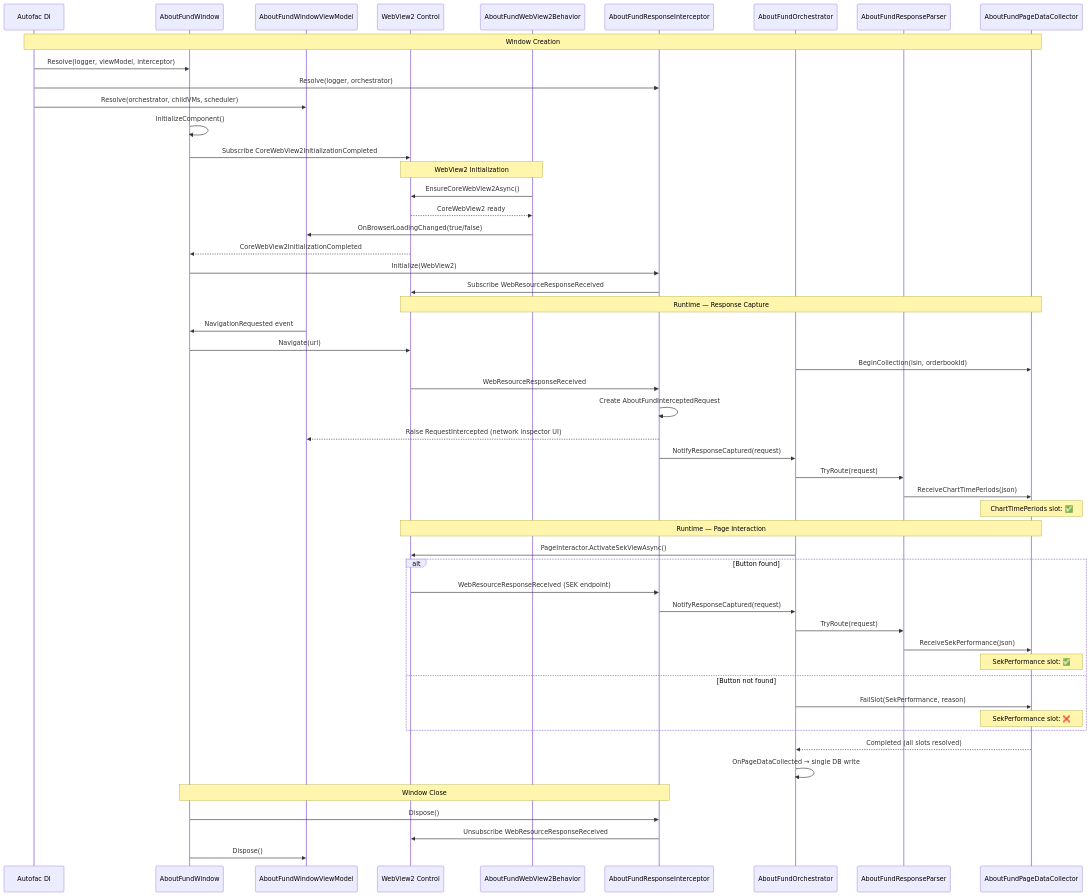
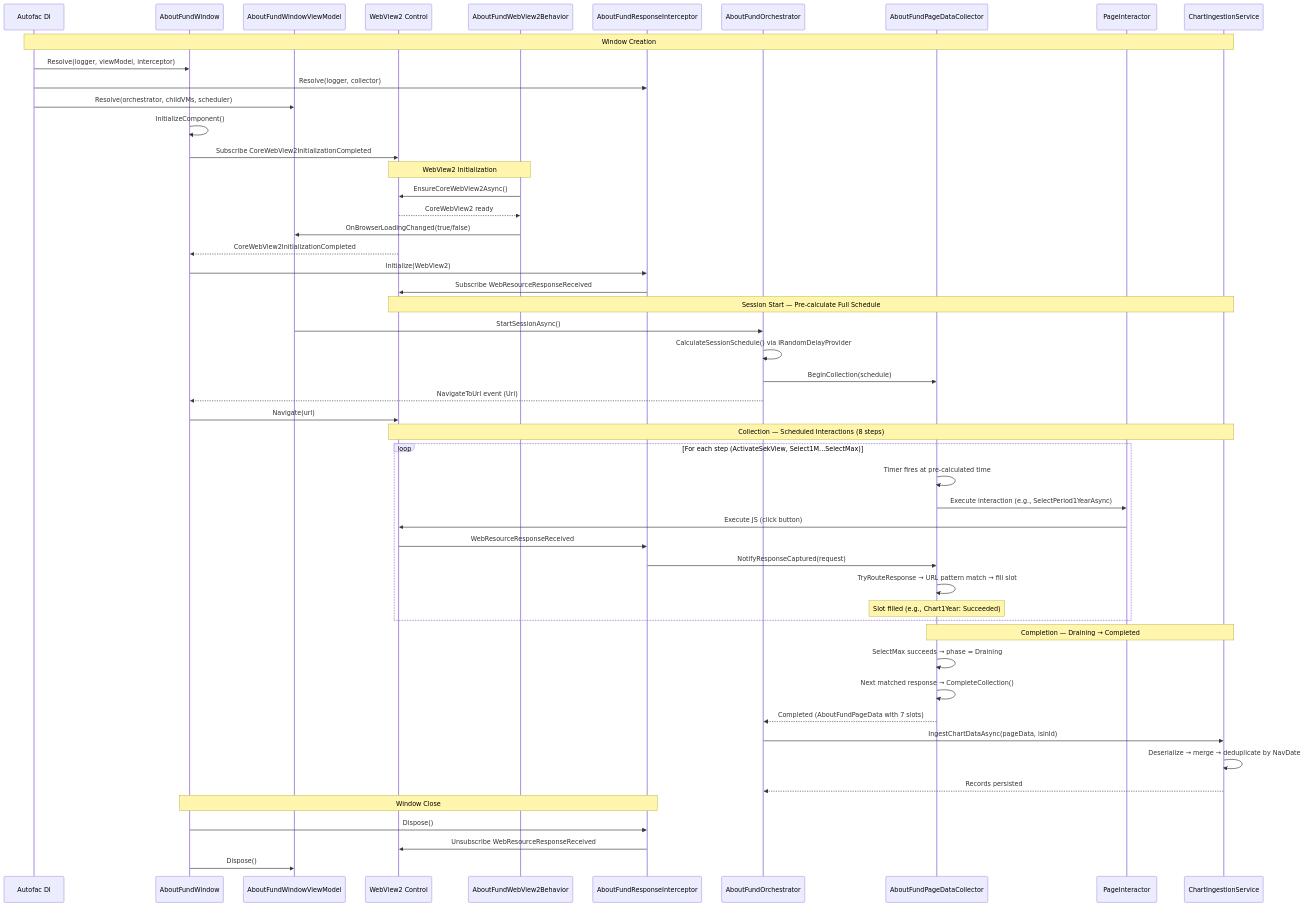
One commit to Muhomorik/SemanticKernel-FundDocsQnA-dotnet-nextjs changed the fifth of 7 diagrams in YieldRaccoon/README.md. Above: the diagram before and after it, drawn with Mermaid. The commit also changed other lines of this file and 102 other files, not shown here.

Commit message:
Remove `AboutFundEventViewModel` and related services, replacing them with a new ingestion pipeline for chart data. Include AC-layer models, resilient deserialization for malformed API responses, and unit test coverage.

````diff
--- a/YieldRaccoon/README.md
+++ b/YieldRaccoon/README.md
@@ -339,59 +401,59 @@
 ```mermaid
 sequenceDiagram
     participant DI as Autofac DI
     participant Win as AboutFundWindow
     participant VM as AboutFundWindowViewModel
     participant WV2 as WebView2 Control
     participant Beh as AboutFundWebView2Behavior
     participant Int as AboutFundResponseInterceptor
     participant Orc as AboutFundOrchestrator
-    participant Parser as AboutFundResponseParser
     participant Col as AboutFundPageDataCollector
+    participant PI as PageInteractor
+    participant Ingest as ChartIngestionService
 
-    Note over DI,Col: Window Creation
+    Note over DI,Ingest: Window Creation
     DI->>Win: Resolve(logger, viewModel, interceptor)
-    DI->>Int: Resolve(logger, orchestrator)
+    DI->>Int: Resolve(logger, collector)
     DI->>VM: Resolve(orchestrator, childVMs, scheduler)
     Win->>Win: InitializeComponent()
     Win->>WV2: Subscribe CoreWebView2InitializationCompleted
 
     Note over Beh,WV2: WebView2 Initialization
     Beh->>WV2: EnsureCoreWebView2Async()
     WV2-->>Beh: CoreWebView2 ready
     Beh->>VM: OnBrowserLoadingChanged(true/false)
     WV2-->>Win: CoreWebView2InitializationCompleted
     Win->>Int: Initialize(WebView2)
     Int->>WV2: Subscribe WebResourceResponseReceived
 
-    Note over WV2,Col: Runtime — Response Capture
-    VM->>Win: NavigationRequested event
+    Note over WV2,Ingest: Session Start — Pre-calculate Full Schedule
+    VM->>Orc: StartSessionAsync()
+    Orc->>Orc: CalculateSessionSchedule() via IRandomDelayProvider
+    Orc->>Col: BeginCollection(schedule)
+    Orc-->>Win: NavigateToUrl event (Uri)
     Win->>WV2: Navigate(url)
-    Orc->>Col: BeginCollection(isin, orderbookId)
-    WV2->>Int: WebResourceResponseReceived
-    Int->>Int: Create AboutFundInterceptedRequest
-    Int-->>VM: Raise RequestIntercepted (network inspector UI)
-    Int->>Orc: NotifyResponseCaptured(request)
-    Orc->>Parser: TryRoute(request)
-    Parser->>Col: ReceiveChartTimePeriods(json)
-    Note over Col: ChartTimePeriods slot: ✅
 
-    Note over WV2,Col: Runtime — Page Interaction
-    Orc->>WV2: PageInteractor.ActivateSekViewAsync()
-    alt Button found
-        WV2->>Int: WebResourceResponseReceived (SEK endpoint)
-        Int->>Orc: NotifyResponseCaptured(request)
-        Orc->>Parser: TryRoute(request)
-        Parser->>Col: ReceiveSekPerformance(json)
-        Note over Col: SekPerformance slot: ✅
-    else Button not found
-        Orc->>Col: FailSlot(SekPerformance, reason)
-        Note over Col: SekPerformance slot: ❌
+    Note over WV2,Ingest: Collection — Scheduled Interactions (8 steps)
+    loop For each step (ActivateSekView, Select1M...SelectMax)
+        Col->>Col: Timer fires at pre-calculated time
+        Col->>PI: Execute interaction (e.g., SelectPeriod1YearAsync)
+        PI->>WV2: Execute JS (click button)
+        WV2->>Int: WebResourceResponseReceived
+        Int->>Col: NotifyResponseCaptured(request)
+        Col->>Col: TryRouteResponse → URL pattern match → fill slot
+        Note over Col: Slot filled (e.g., Chart1Year: Succeeded)
     end
-    Col-->>Orc: Completed (all slots resolved)
-    Orc->>Orc: OnPageDataCollected → single DB write
+
+    Note over Col,Ingest: Completion — Draining → Completed
+    Col->>Col: SelectMax succeeds → phase = Draining
+    Col->>Col: Next matched response → CompleteCollection()
+    Col-->>Orc: Completed (AboutFundPageData with 7 slots)
+    Orc->>Ingest: IngestChartDataAsync(pageData, isinId)
+    Ingest->>Ingest: Deserialize → merge → deduplicate by NavDate
+    Ingest-->>Orc: Records persisted
 
     Note over Win,Int: Window Close
     Win->>Int: Dispose()
     Int->>WV2: Unsubscribe WebResourceResponseReceived
     Win->>VM: Dispose()
 ```
````
